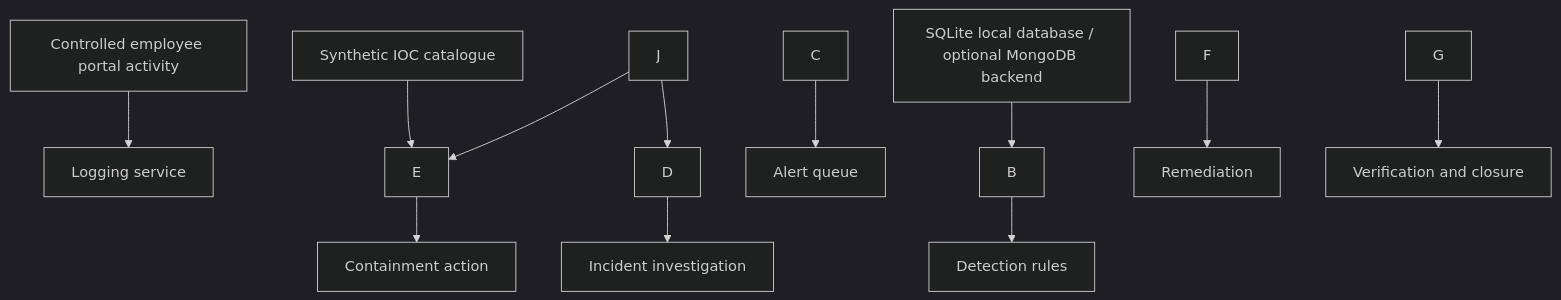
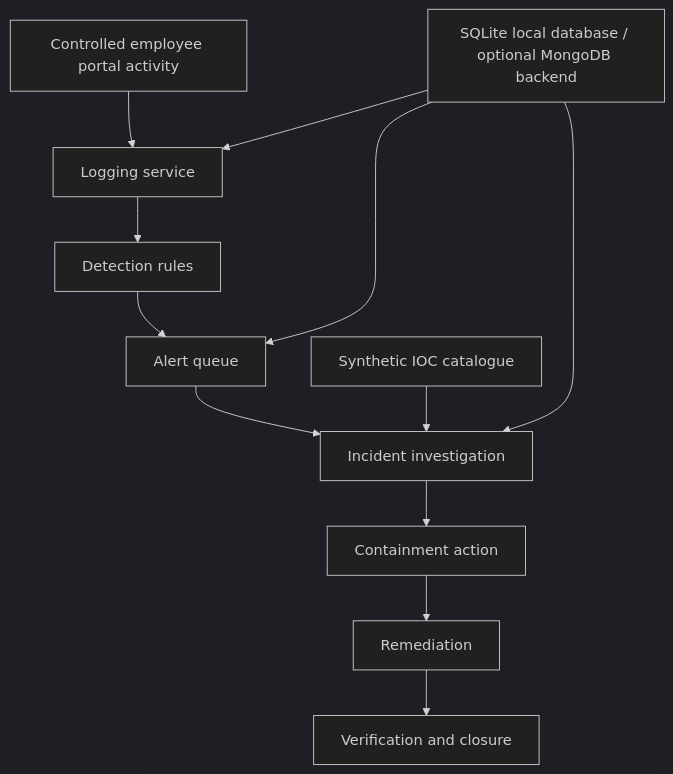
Before and after one commit to shettysanket06/cybershield-soc-portal: the diagram in README.md, drawn with Mermaid (dark theme). The commit also changed other lines of this file, not shown here.

Commit message:
Normalize CyberShield README paths and Mermaid syntax

````diff
--- a/README.md
+++ b/README.md
@@ -31,14 +31,14 @@
 ```mermaid
 flowchart TD
-    A\[Controlled employee portal activity] --> B\[Logging service]
-    B --> C\[Detection rules]
-    C --> D\[Alert queue]
-    D --> E\[Incident investigation]
-    E --> F\[Containment action]
-    F --> G\[Remediation]
-    G --> H\[Verification and closure]
-    I\[Synthetic IOC catalogue] --> E
-    J\[SQLite local database / optional MongoDB backend] --> B
+    A[Controlled employee portal activity] --> B[Logging service]
+    B --> C[Detection rules]
+    C --> D[Alert queue]
+    D --> E[Incident investigation]
+    E --> F[Containment action]
+    F --> G[Remediation]
+    G --> H[Verification and closure]
+    I[Synthetic IOC catalogue] --> E
+    J[SQLite local database / optional MongoDB backend] --> B
     J --> D
     J --> E
 ```
````
